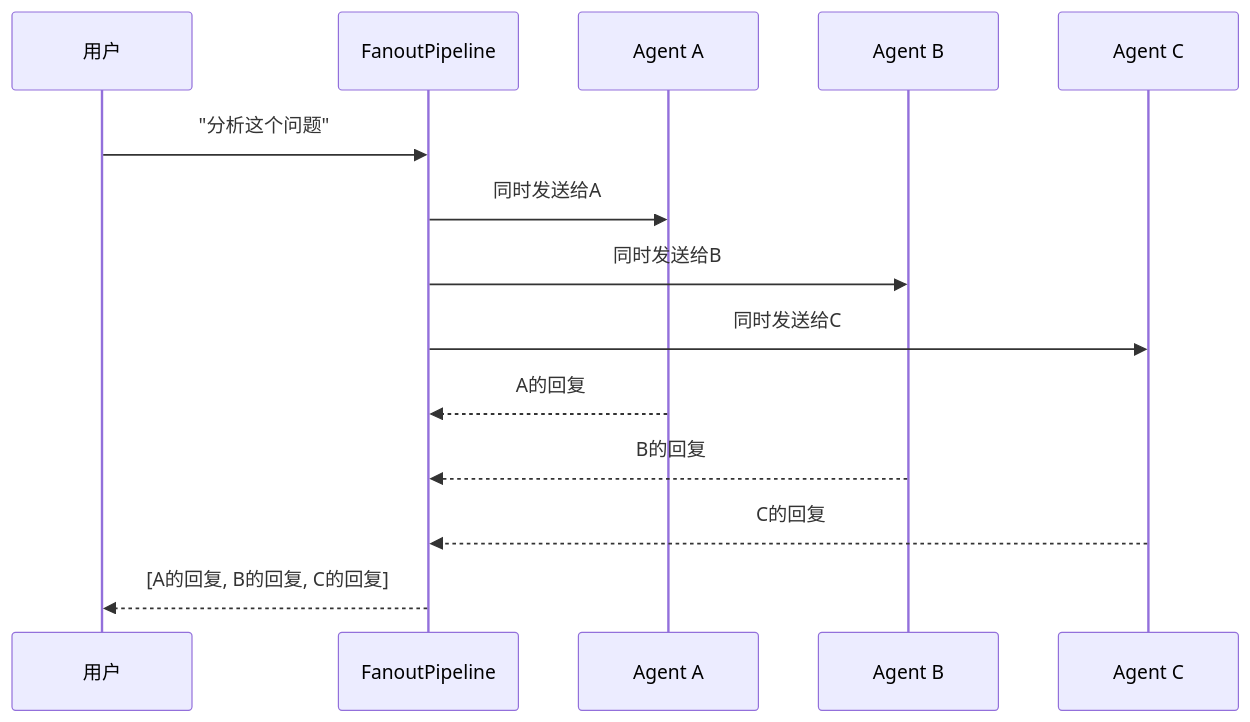
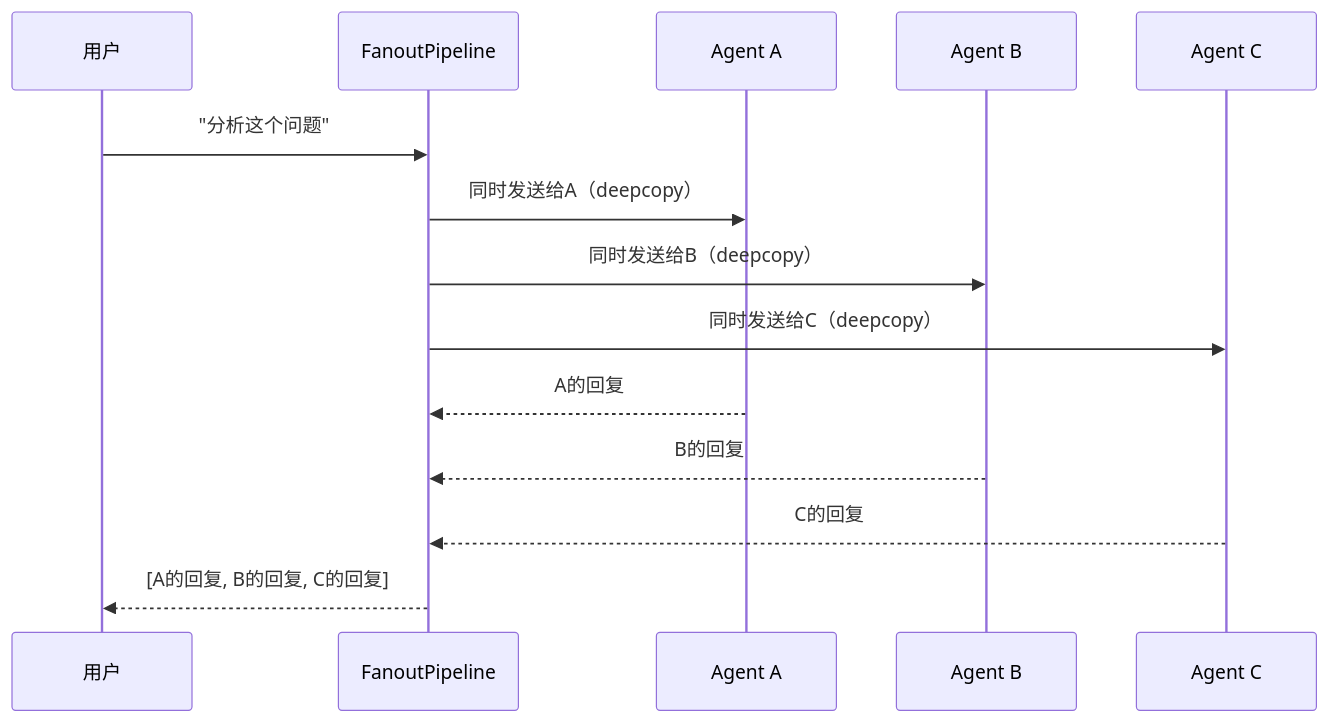
The second of 3 diagrams in teaching/book/practice/station2_user_interface/2-2_what_is_pipeline.md (agentscope-ai/agentscope), drawn with Mermaid before and after one commit. The commit also changed other lines of this file and 31 other files, not shown here.

````diff
--- a/teaching/book/practice/station2_user_interface/2-2_what_is_pipeline.md
+++ b/teaching/book/practice/station2_user_interface/2-2_what_is_pipeline.md
@@ -140,17 +196,17 @@
 ```mermaid
 sequenceDiagram
     participant User as 用户
     participant P as FanoutPipeline
     participant A as Agent A
     participant B as Agent B
     participant C as Agent C
-    
+
     User->>P: "分析这个问题"
-    P->>A: 同时发送给A
-    P->>B: 同时发送给B
-    P->>C: 同时发送给C
+    P->>A: 同时发送给A（deepcopy）
+    P->>B: 同时发送给B（deepcopy）
+    P->>C: 同时发送给C（deepcopy）
     A-->>P: A的回复
     B-->>P: B的回复
     C-->>P: C的回复
     P-->>User: [A的回复, B的回复, C的回复]
 ```
````
